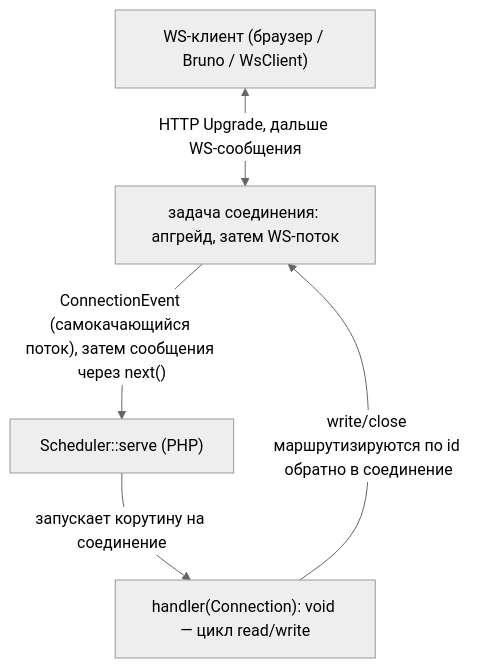
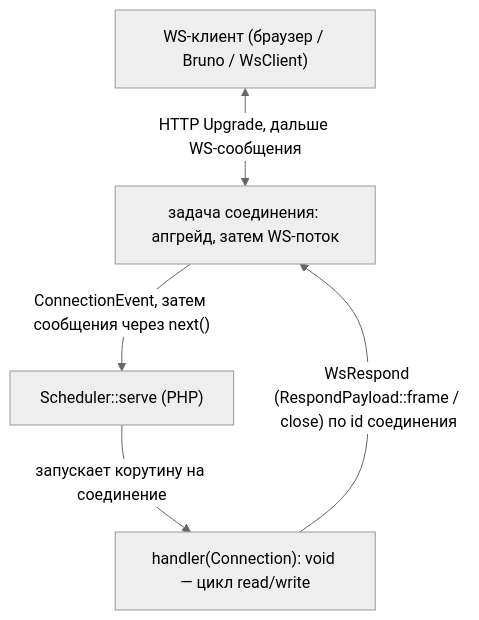
The diagram in docs/websocket-server.ru.md (sprust/sconcur), drawn with Mermaid (neutral theme) before and after one commit. The commit also changed other lines of this file and 55 other files, not shown here.

````diff
--- a/docs/websocket-server.ru.md
+++ b/docs/websocket-server.ru.md
@@ -24,12 +25,12 @@
 ```mermaid
 flowchart TB
     client["WS-клиент (браузер / Bruno / WsClient)"]
     serve["задача соединения: апгрейд, затем WS-поток"]
     sched["Scheduler::serve (PHP)"]
     handler["handler(Connection): void — цикл read/write"]
 
     client <-->|"HTTP Upgrade, дальше WS-сообщения"| serve
-    serve -->|"ConnectionEvent (самокачающийся поток), затем сообщения через next()"| sched
+    serve -->|"ConnectionEvent, затем сообщения через next()"| sched
     sched -->|"запускает корутину на соединение"| handler
-    handler -->|"write/close маршрутизируются по id обратно в соединение"| serve
+    handler -->|"WsRespond (RespondPayload::frame / close) по id соединения"| serve
 ```
````
